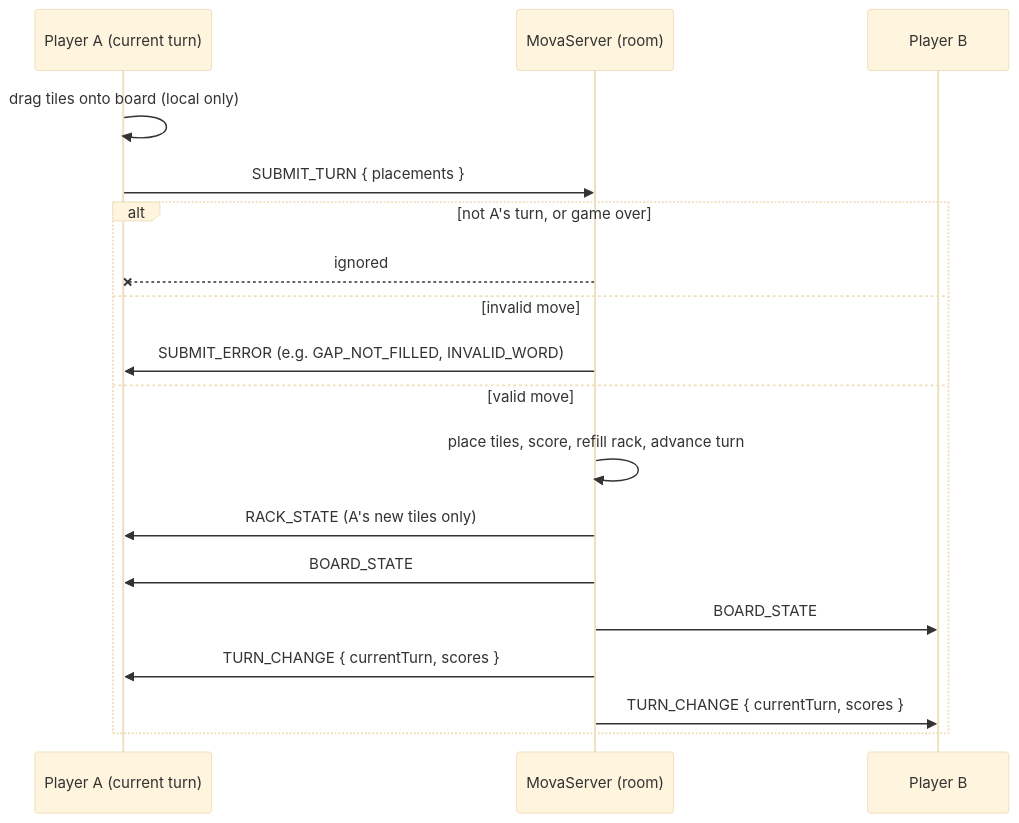
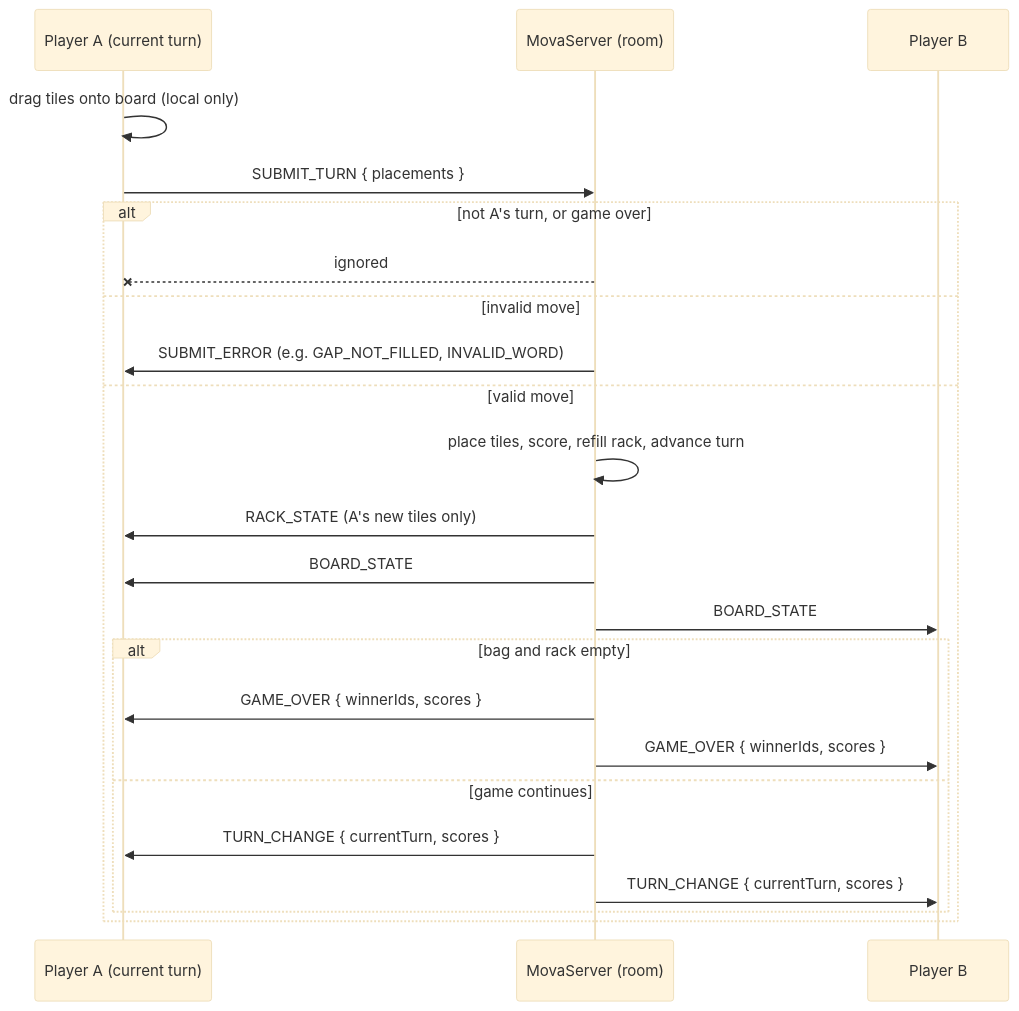
The second of 2 diagrams in README.md (ImDarkly/mova), drawn with Mermaid (base theme) before and after one commit. The commit also changed other lines of this file, not shown here.

Commit message:
README: show game-over branch and how to run two local players
Claude-Session: https://claude.ai/code/session_014K2Eg3KqnwN4hXJXQZnnPa

````diff
--- a/README.md
+++ b/README.md
@@ -47,21 +47,26 @@
 ```mermaid
 sequenceDiagram
   participant A as Player A (current turn)
   participant S as MovaServer (room)
   participant B as Player B
 
   A->>A: drag tiles onto board (local only)
   A->>S: SUBMIT_TURN { placements }
   alt not A's turn, or game over
     S--xA: ignored
   else invalid move
     S->>A: SUBMIT_ERROR (e.g. GAP_NOT_FILLED, INVALID_WORD)
   else valid move
     S->>S: place tiles, score, refill rack, advance turn
     S->>A: RACK_STATE (A's new tiles only)
     S->>A: BOARD_STATE
     S->>B: BOARD_STATE
-    S->>A: TURN_CHANGE { currentTurn, scores }
-    S->>B: TURN_CHANGE { currentTurn, scores }
+    alt bag and rack empty
+      S->>A: GAME_OVER { winnerIds, scores }
+      S->>B: GAME_OVER { winnerIds, scores }
+    else game continues
+      S->>A: TURN_CHANGE { currentTurn, scores }
+      S->>B: TURN_CHANGE { currentTurn, scores }
+    end
   end
 ```
````
